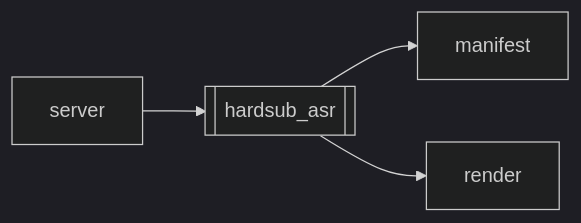
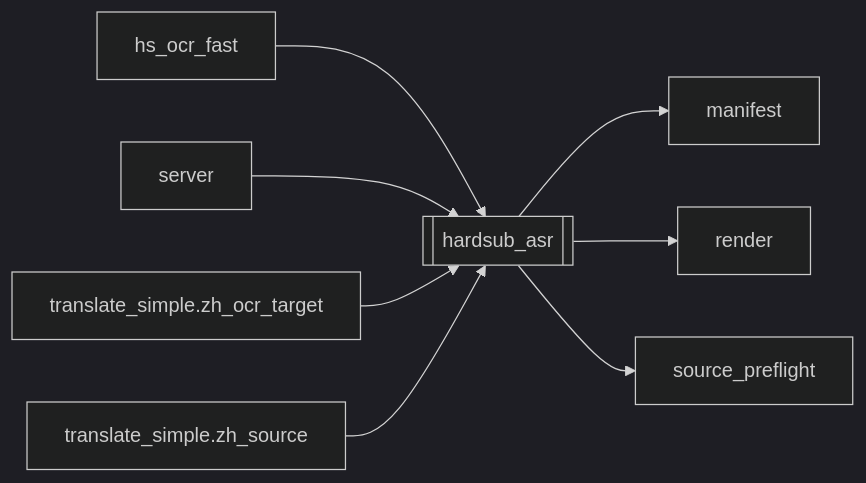
The diagram in docs/brain/modules/hardsub_asr.md (kjza178/PineLineV4), drawn with Mermaid (dark theme) before and after one commit. The commit also changed other lines of this file and 200 other files, not shown here.

````diff
--- a/docs/brain/modules/hardsub_asr.md
+++ b/docs/brain/modules/hardsub_asr.md
@@ -17,7 +17,11 @@
 ```mermaid
 flowchart LR
   hardsub_asr[[hardsub_asr]]
+  hs_ocr_fast[hs_ocr_fast] --> hardsub_asr
   server[server] --> hardsub_asr
+  translate_simple_zh_ocr_target[translate_simple.zh_ocr_target] --> hardsub_asr
+  translate_simple_zh_source[translate_simple.zh_source] --> hardsub_asr
   hardsub_asr --> manifest[manifest]
   hardsub_asr --> render[render]
+  hardsub_asr --> source_preflight[source_preflight]
 ```
````
